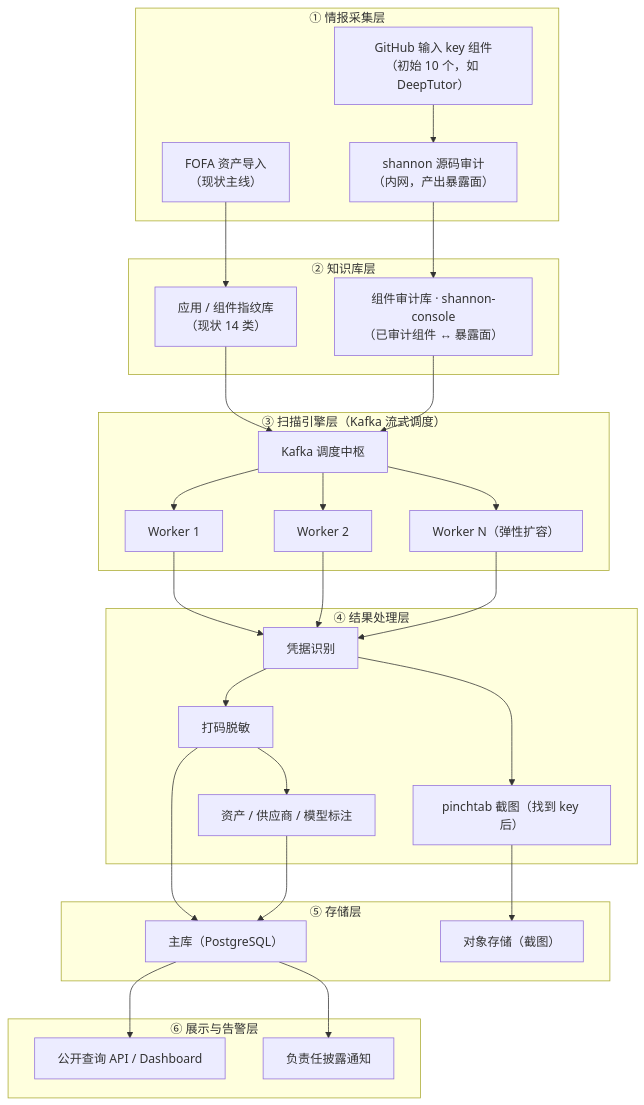
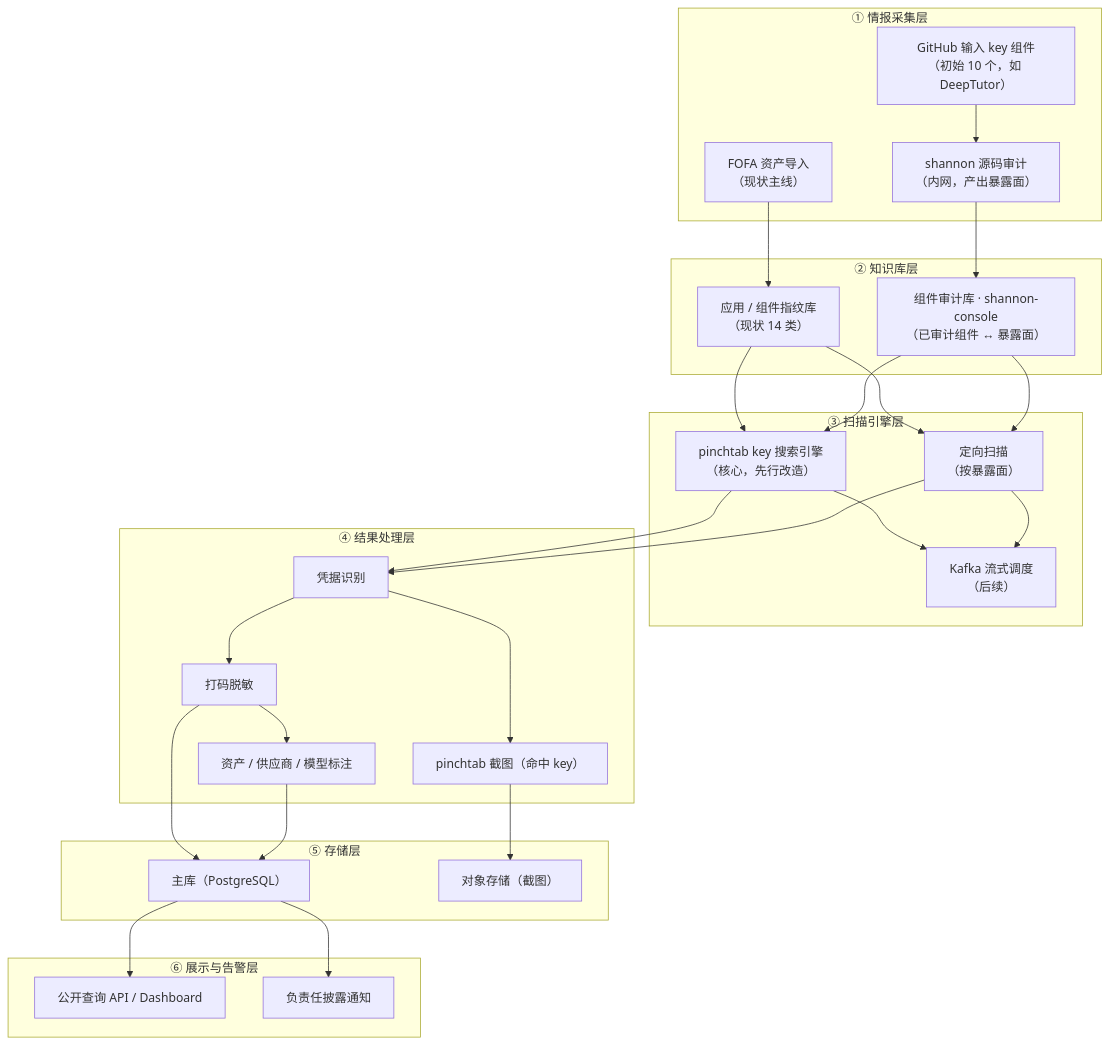
One commit to tajleonbennis-maker/SecretWatcher changed the first of 3 diagrams in docs/architecture.md. Above: the diagram before and after it, drawn with Mermaid. The commit also changed other lines of this file, not shown here.

Commit message:
docs: pinchtab as core key-search engine, capability-first roadmap

````diff
--- a/docs/architecture.md
+++ b/docs/architecture.md
@@ -38,50 +38,51 @@
 ```mermaid
 flowchart TB
     subgraph L1["① 情报采集层"]
         A1["FOFA 资产导入<br/>（现状主线）"]
         A2["GitHub 输入 key 组件<br/>（初始 10 个，如 DeepTutor）"]
         A3["shannon 源码审计<br/>（内网，产出暴露面）"]
     end
     subgraph L2["② 知识库层"]
         B1["应用 / 组件指纹库<br/>（现状 14 类）"]
         B2["组件审计库 · shannon-console<br/>（已审计组件 ↔ 暴露面）"]
     end
-    subgraph L3["③ 扫描引擎层（Kafka 流式调度）"]
-        C1["Kafka 调度中枢"]
-        C2["Worker 1"]
-        C3["Worker 2"]
-        C4["Worker N（弹性扩容）"]
+    subgraph L3["③ 扫描引擎层"]
+        C1["pinchtab key 搜索引擎<br/>（核心，先行改造）"]
+        C2["定向扫描<br/>（按暴露面）"]
+        C3["Kafka 流式调度<br/>（后续）"]
     end
     subgraph L4["④ 结果处理层"]
         D1["凭据识别"]
         D2["打码脱敏"]
         D3["资产 / 供应商 / 模型标注"]
-        D4["pinchtab 截图（找到 key 后）"]
+        D4["pinchtab 截图（命中 key）"]
     end
     subgraph L5["⑤ 存储层"]
         E1["主库（PostgreSQL）"]
         E2["对象存储（截图）"]
     end
     subgraph L6["⑥ 展示与告警层"]
         F1["公开查询 API / Dashboard"]
         F2["负责任披露通知"]
     end
 
     A2 --> A3
     A3 --> B2
     A1 --> B1
+    B1 --> C2
+    B2 --> C2
     B1 --> C1
     B2 --> C1
-    C1 --> C2
     C1 --> C3
-    C1 --> C4
-    C2 & C3 & C4 --> D1
+    C2 --> C3
+    C1 --> D1
+    C2 --> D1
     D1 --> D2
     D2 --> D3
     D1 --> D4
     D2 --> E1
     D3 --> E1
     D4 --> E2
     E1 --> F1
     E1 --> F2
 ```
````
